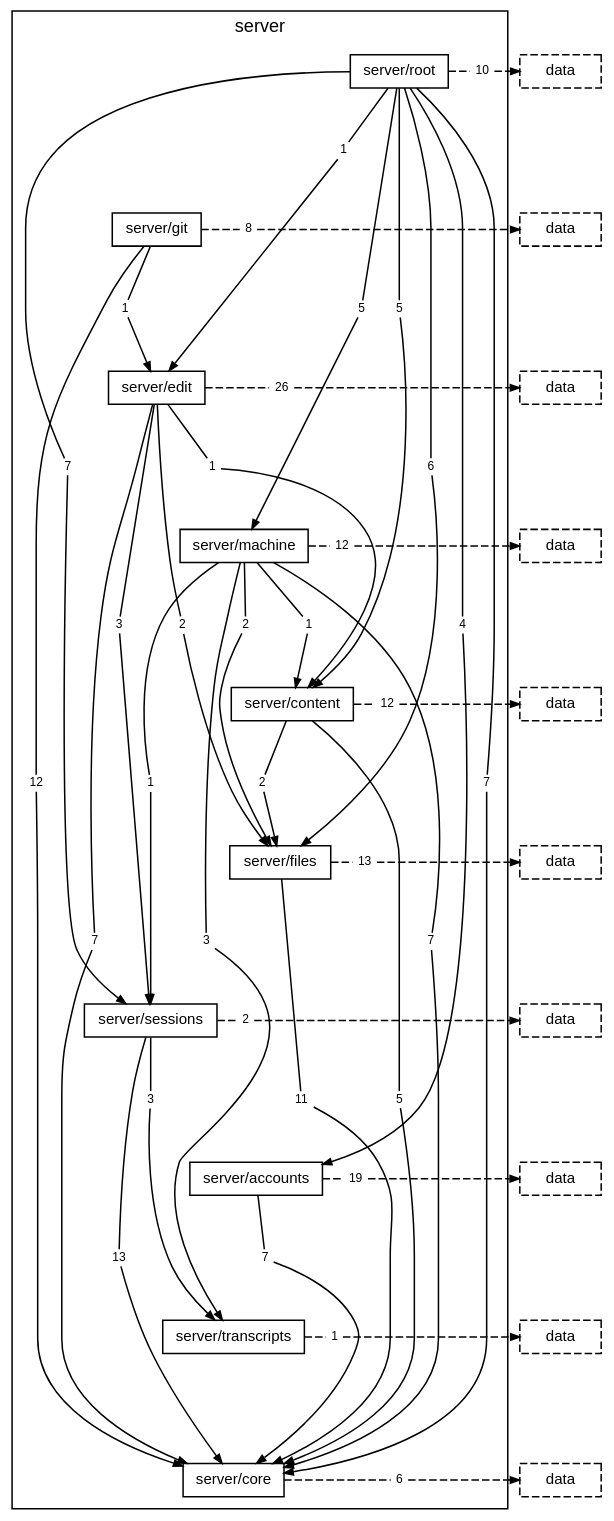
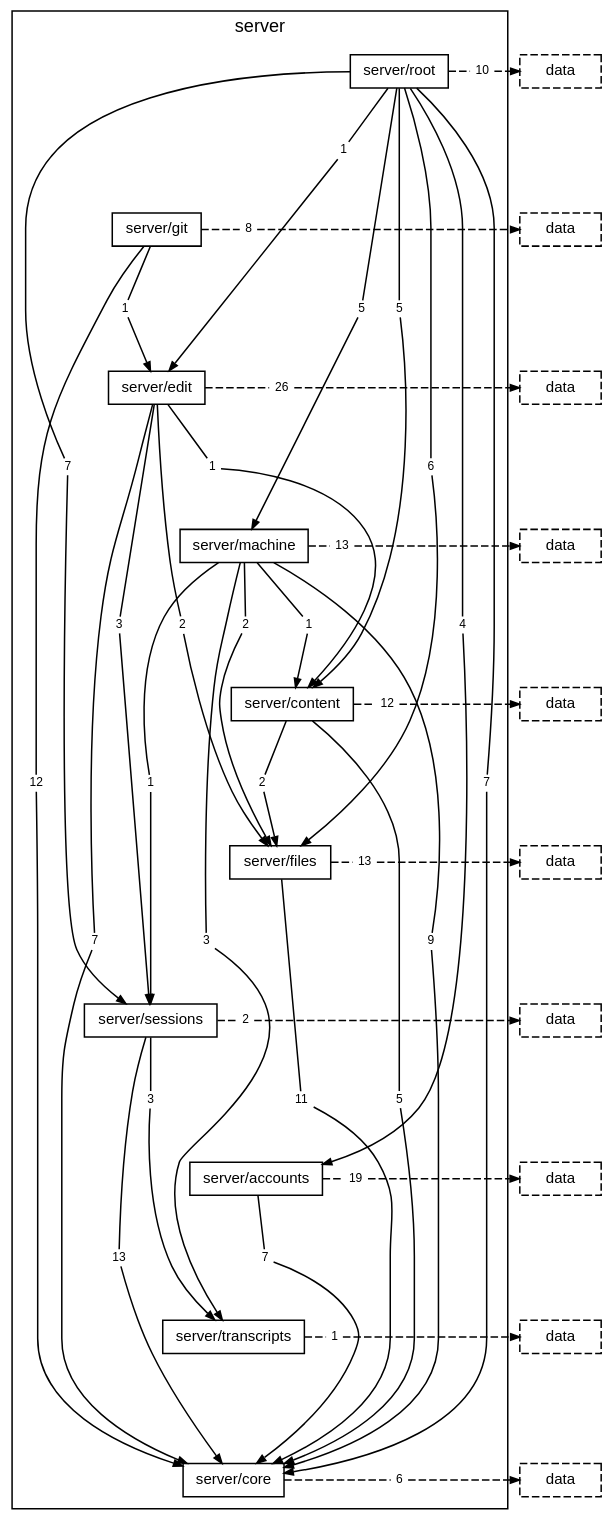
One commit to TheAxeC/oculus changed the diagram in docs/diagrams/layer-server.dot. Above: the diagram before and after it, drawn with Graphviz. The commit also changed 37 other files, not shown here.

```diff
--- a/docs/diagrams/layer-server.dot
+++ b/docs/diagrams/layer-server.dot
@@ -31,11 +31,11 @@
         "folder server/edit to folder server/sessions" [label="3", shape=box, color="transparent", fontsize=8, width=0, height=0, margin="0.04,0.02"];
         "folder server/edit to layer data" [label="26", shape=box, color="transparent", fontsize=8, width=0, height=0, margin="0.04,0.02"];
         "folder server/machine to folder server/content" [label="1", shape=box, color="transparent", fontsize=8, width=0, height=0, margin="0.04,0.02"];
-        "folder server/machine to folder server/core" [label="7", shape=box, color="transparent", fontsize=8, width=0, height=0, margin="0.04,0.02"];
+        "folder server/machine to folder server/core" [label="9", shape=box, color="transparent", fontsize=8, width=0, height=0, margin="0.04,0.02"];
         "folder server/machine to folder server/files" [label="2", shape=box, color="transparent", fontsize=8, width=0, height=0, margin="0.04,0.02"];
         "folder server/machine to folder server/sessions" [label="1", shape=box, color="transparent", fontsize=8, width=0, height=0, margin="0.04,0.02"];
         "folder server/machine to folder server/transcripts" [label="3", shape=box, color="transparent", fontsize=8, width=0, height=0, margin="0.04,0.02"];
-        "folder server/machine to layer data" [label="12", shape=box, color="transparent", fontsize=8, width=0, height=0, margin="0.04,0.02"];
+        "folder server/machine to layer data" [label="13", shape=box, color="transparent", fontsize=8, width=0, height=0, margin="0.04,0.02"];
         "folder server/content to folder server/core" [label="5", shape=box, color="transparent", fontsize=8, width=0, height=0, margin="0.04,0.02"];
         "folder server/content to folder server/files" [label="2", shape=box, color="transparent", fontsize=8, width=0, height=0, margin="0.04,0.02"];
         "folder server/content to layer data" [label="12", shape=box, color="transparent", fontsize=8, width=0, height=0, margin="0.04,0.02"];
```
